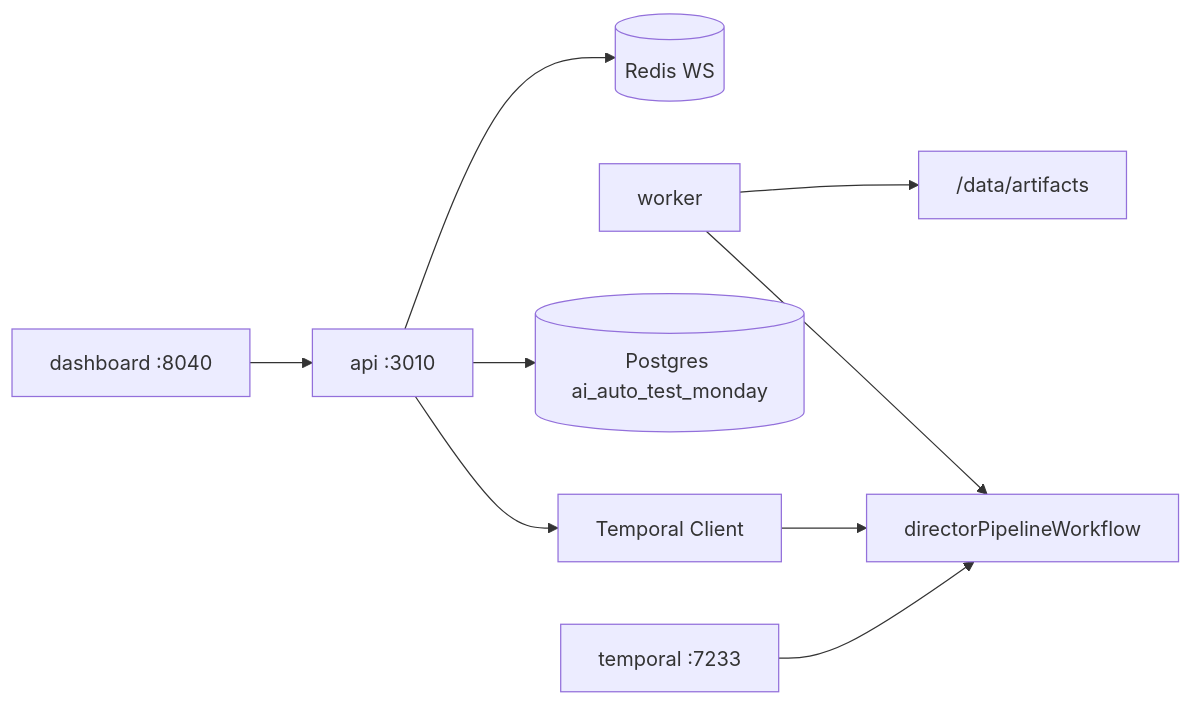
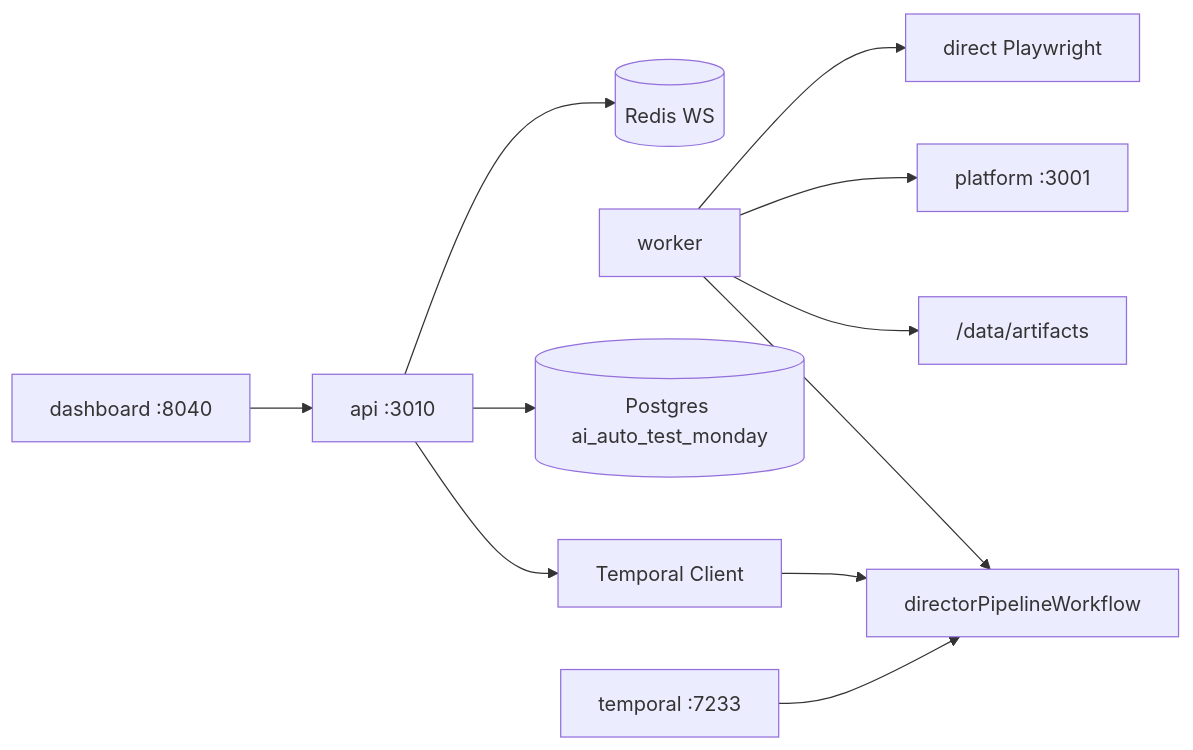
One commit to paulwong888/ai-auto-test-all changed the diagram in ai-auto-test-monday/docs/architecture.md. Above: the diagram before and after it, drawn with Mermaid. The commit also changed other lines of this file and 81 other files, not shown here.

````diff
--- a/ai-auto-test-monday/docs/architecture.md
+++ b/ai-auto-test-monday/docs/architecture.md
@@ -13,11 +13,13 @@
 ```mermaid
 flowchart LR
   Dashboard["dashboard :8040"] --> API["api :3010"]
   API --> TemporalClient[Temporal Client]
   TemporalClient --> WF[directorPipelineWorkflow]
   Worker[worker] --> WF
   Worker --> Artifacts["/data/artifacts"]
+  Worker --> Platform["platform :3001"]
+  Worker --> Playwright[direct Playwright]
   API --> PG[(Postgres ai_auto_test_monday)]
   API --> Redis[(Redis WS)]
   TemporalServer["temporal :7233"] --> WF
 ```
````
